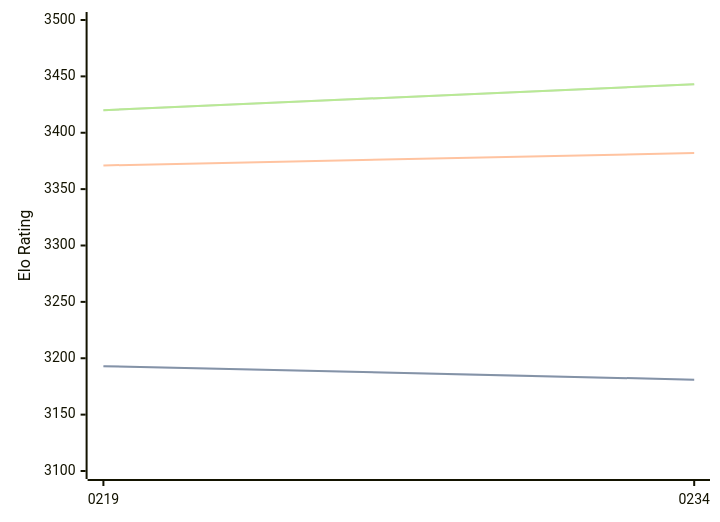
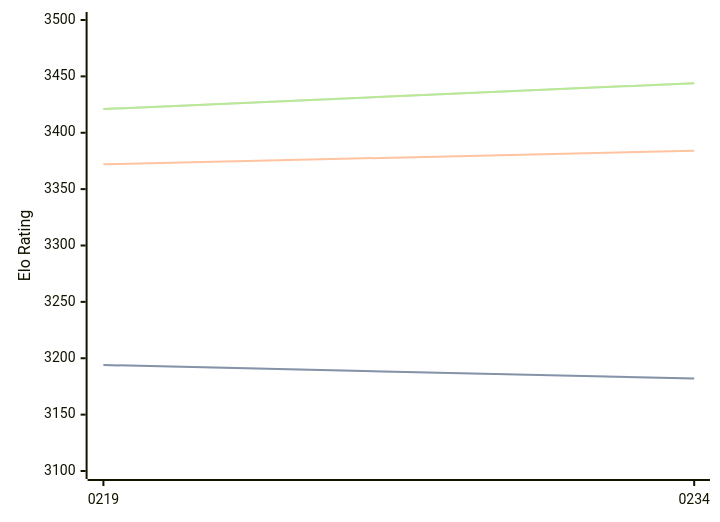
The diagram in engines/Ynode.md (computer-chess-index/cci), drawn with Mermaid before and after one commit. The commit also changed other lines of this file, not shown here.

Commit message:
Update CCI Ratings (ELO VLTC) - 2026-05-17

````diff
--- a/engines/Ynode.md
+++ b/engines/Ynode.md
@@ -39,11 +39,11 @@
 ```mermaid
 %%{init: {"theme":"base","themeVariables":{"seriesColors:['#a3a3a3','#222221','#faa371']}}}%%
 xychart-beta
   x-axis ["0219", "0234"]
   y-axis "Elo Rating" 3100 --> 3500
-  line "STC (8.0+0.08s)" [3193, 3181]
-  line "STC (8.0+0.08s)" [3193, 3181]
-  line "LTC (60.0+0.60s)" [3371, 3382]
-  line "VLTC (2m24s+1.12s)" [3420, 3443]
-  line "VLTC (2m24s+1.12s)" [3420, 3443]
+  line "STC (8.0+0.08s)" [3194, 3182]
+  line "STC (8.0+0.08s)" [3194, 3182]
+  line "LTC (60.0+0.60s)" [3372, 3384]
+  line "VLTC (2m24s+1.12s)" [3421, 3444]
+  line "VLTC (2m24s+1.12s)" [3421, 3444]
 ```
````
